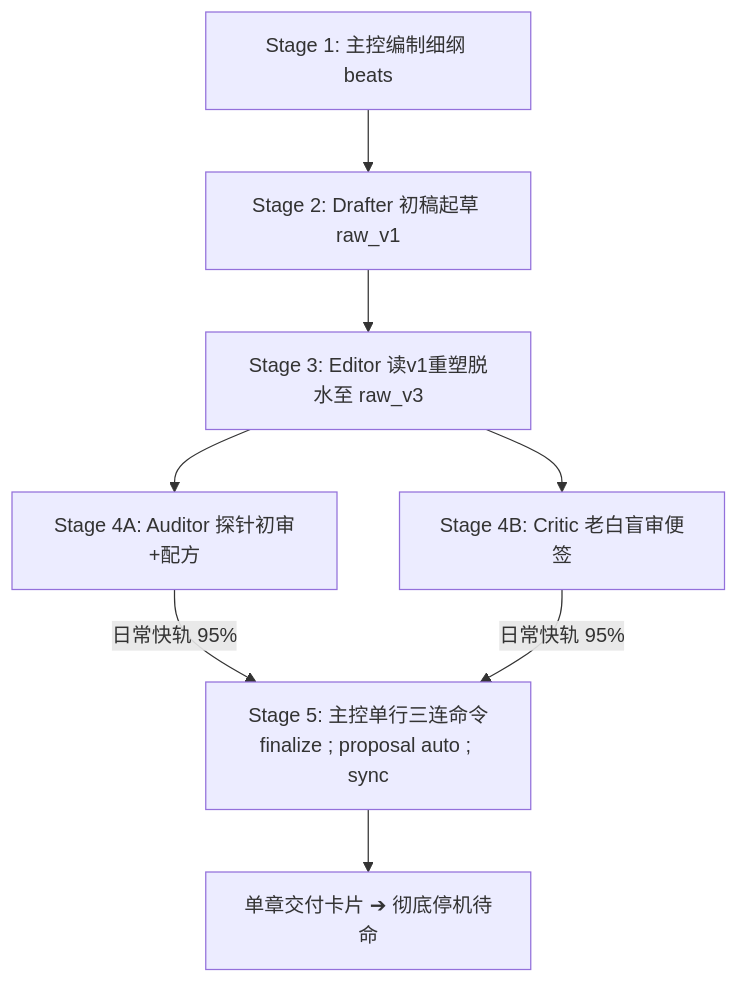
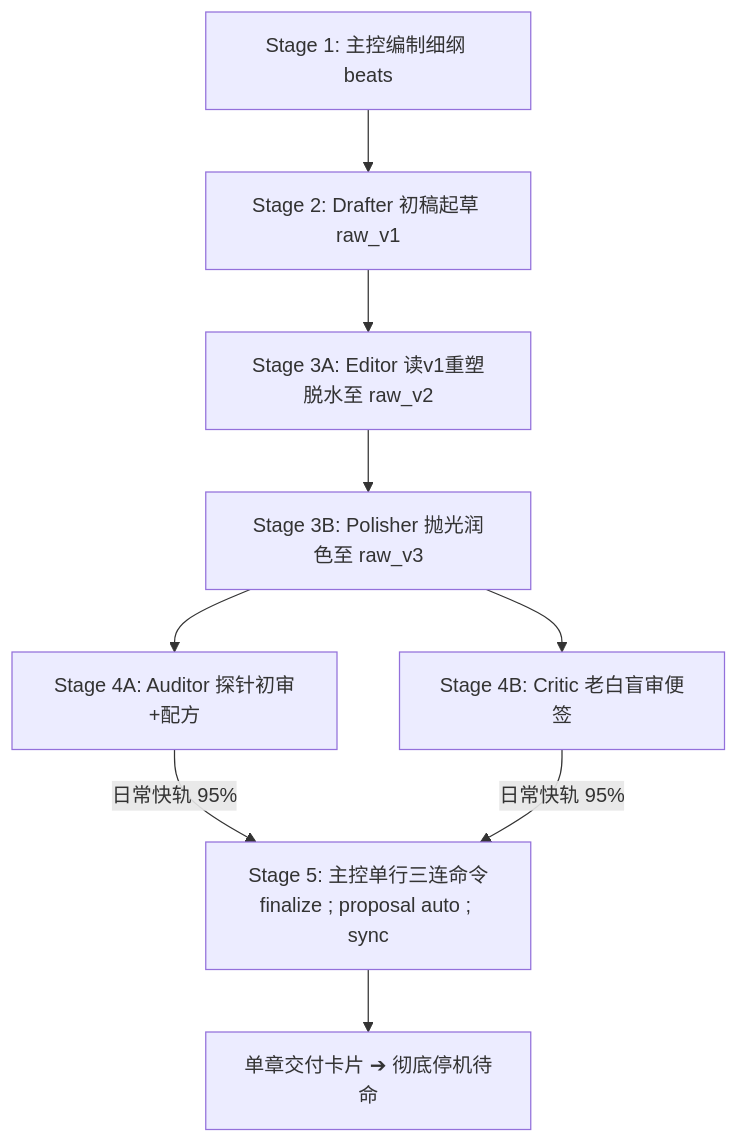
The diagram in .agents/skills/director/SKILL.md (cg110902/NOVEL), drawn with Mermaid before and after one commit. The commit also changed other lines of this file and 19 other files, not shown here.

````diff
--- a/.agents/skills/director/SKILL.md
+++ b/.agents/skills/director/SKILL.md
@@ -96,10 +105,11 @@
 ```mermaid
 graph TD
     S1[Stage 1: 主控编制细纲 beats] --> S2[Stage 2: Drafter 初稿起草 raw_v1]
-    S2 --> S3[Stage 3: Editor 读v1重塑脱水至 raw_v3]
-    S3 --> S4A[Stage 4A: Auditor 探针初审+配方]
-    S3 --> S4B[Stage 4B: Critic 老白盲审便签]
+    S2 --> S3[Stage 3A: Editor 读v1重塑脱水至 raw_v2]
+    S3 --> S35[Stage 3B: Polisher 抛光润色至 raw_v3]
+    S35 --> S4A[Stage 4A: Auditor 探针初审+配方]
+    S35 --> S4B[Stage 4B: Critic 老白盲审便签]
     S4A -->|日常快轨 95%| S5[Stage 5: 主控单行三连命令<br/>finalize ; proposal auto ; sync]
     S4B -->|日常快轨 95%| S5
     S5 --> S6[单章交付卡片 ➔ 彻底停机待命]
 ```
````
